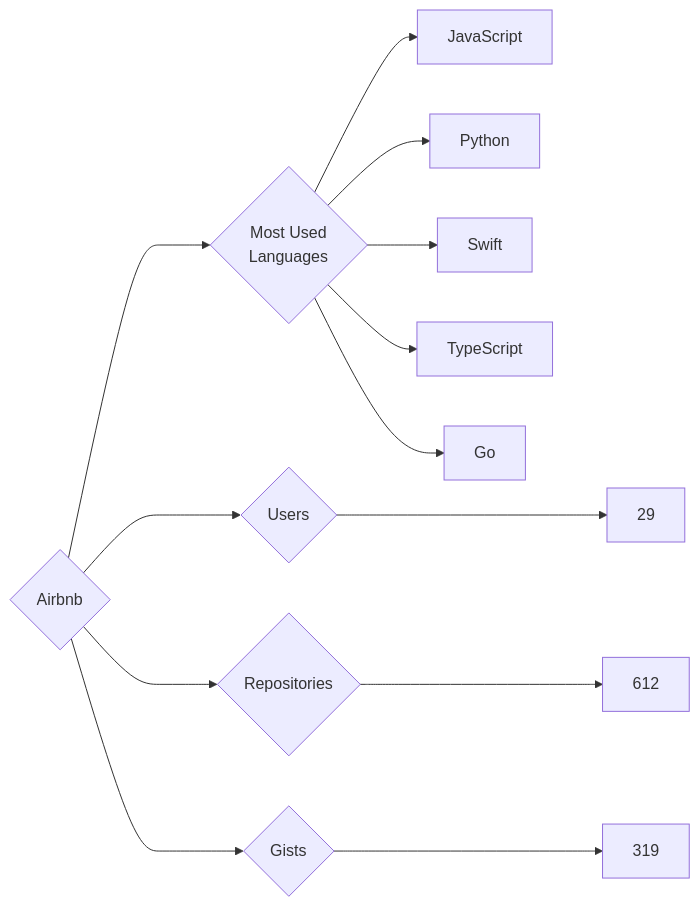
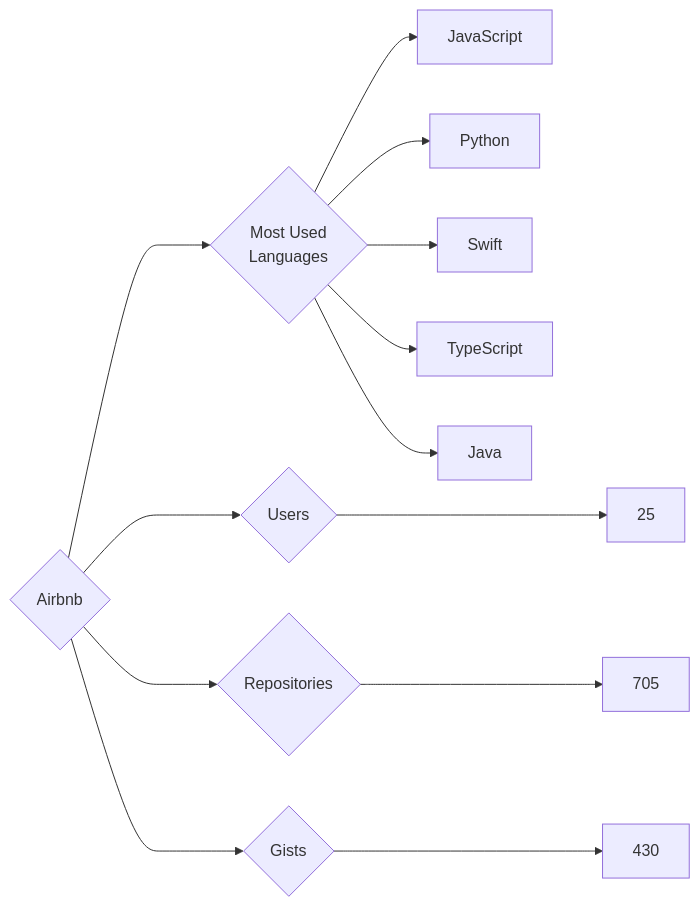
The diagram in targets/Airbnb/README.md (trickest/insiders), drawn with Mermaid before and after one commit. The commit also changed 1238 other files, not shown here.

````diff
--- a/targets/Airbnb/README.md
+++ b/targets/Airbnb/README.md
@@ -3,13 +3,13 @@
 ```mermaid
 graph LR
 COMPANY_NAME{Airbnb}
-COMPANY_NAME ---> U{Users} ---> UN[29]
-COMPANY_NAME ---> R{Repositories} ---> RN[612]
-COMPANY_NAME ---> G{Gists} ---> GN[319]
+COMPANY_NAME ---> U{Users} ---> UN[25]
+COMPANY_NAME ---> R{Repositories} ---> RN[705]
+COMPANY_NAME ---> G{Gists} ---> GN[430]
 COMPANY_NAME ---> ML{Most Used<br>Languages}
 ML --> JavaScript[JavaScript]
 ML --> Python[Python]
 ML --> Swift[Swift]
 ML --> TypeScript[TypeScript]
-ML --> Go[Go]
+ML --> Java[Java]
 ```
````
